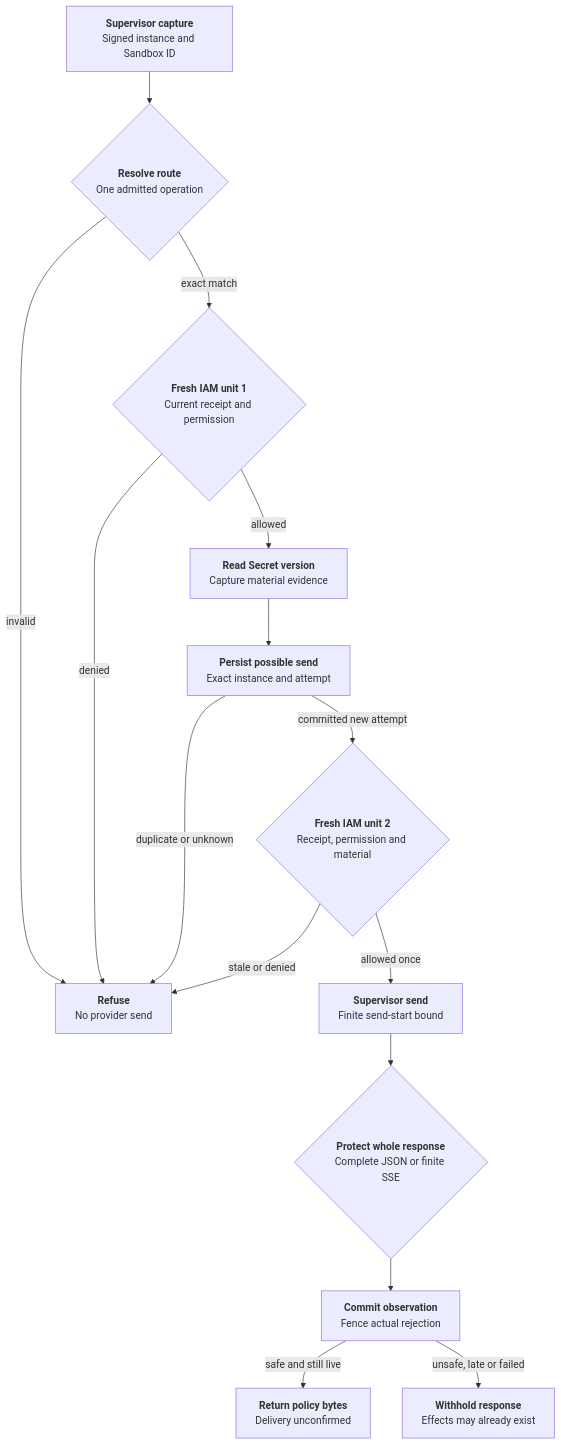
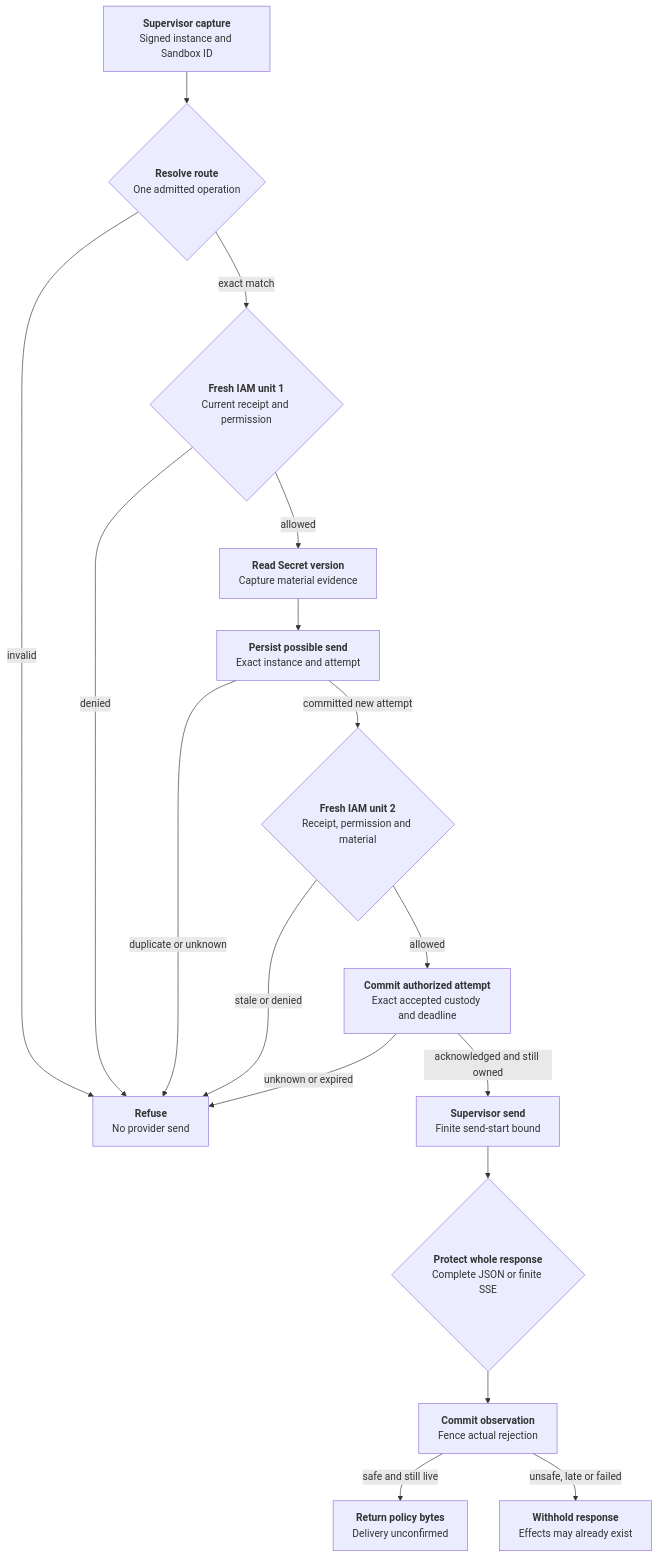
One commit to anmol0b/openclaw-enterprise changed the diagram in docs/flows/credential-source-egress.md. Above: the diagram before and after it, drawn with Mermaid. The commit also changed other lines of this file and 15 other files, not shown here.

Commit message:
Bind durable dispatch to exact authorized attempt and qualify admission migrations on PostgreSQL 18.6

````diff
--- a/docs/flows/credential-source-egress.md
+++ b/docs/flows/credential-source-egress.md
@@ -39,17 +44,19 @@
 ```mermaid
 graph TD
   A["<b>Supervisor capture</b><br/>Signed instance and Sandbox ID"] --> B{"<b>Resolve route</b><br/>One admitted operation"}
   B -- "invalid" --> X["<b>Refuse</b><br/>No provider send"]
   B -- "exact match" --> C{"<b>Fresh IAM unit 1</b><br/>Current receipt and permission"}
   C -- "denied" --> X
   C -- "allowed" --> D["<b>Read Secret version</b><br/>Capture material evidence"]
   D --> P["<b>Persist possible send</b><br/>Exact instance and attempt"]
   P -- "duplicate or unknown" --> X
   P -- "committed new attempt" --> E{"<b>Fresh IAM unit 2</b><br/>Receipt, permission and material"}
   E -- "stale or denied" --> X
-  E -- "allowed once" --> F["<b>Supervisor send</b><br/>Finite send-start bound"]
+  E -- "allowed" --> J["<b>Commit authorized attempt</b><br/>Exact accepted custody and deadline"]
+  J -- "unknown or expired" --> X
+  J -- "acknowledged and still owned" --> F["<b>Supervisor send</b><br/>Finite send-start bound"]
   F --> G{"<b>Protect whole response</b><br/>Complete JSON or finite SSE"}
   G --> O["<b>Commit observation</b><br/>Fence actual rejection"]
   O -- "safe and still live" --> H["<b>Return policy bytes</b><br/>Delivery unconfirmed"]
   O -- "unsafe, late or failed" --> I["<b>Withhold response</b><br/>Effects may already exist"]
 ```
````
